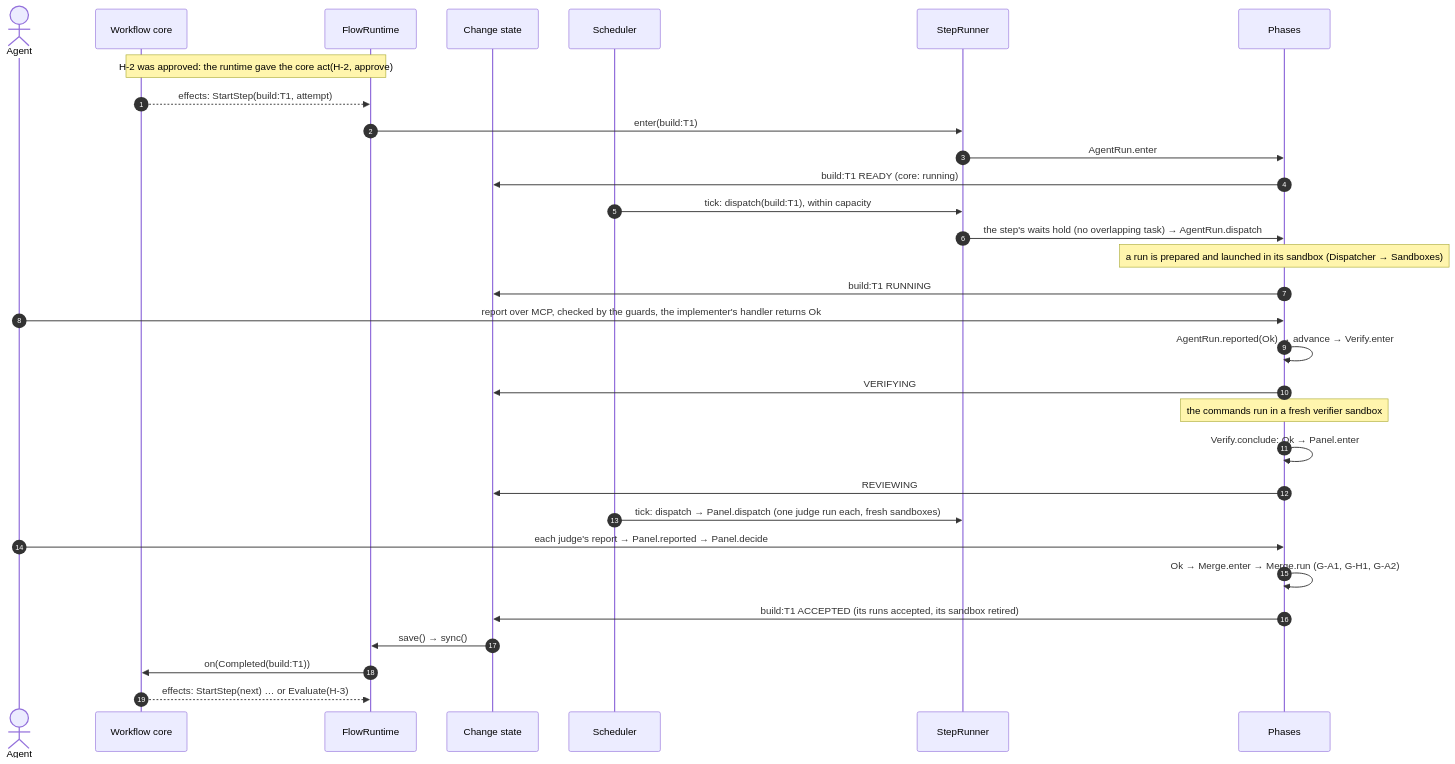
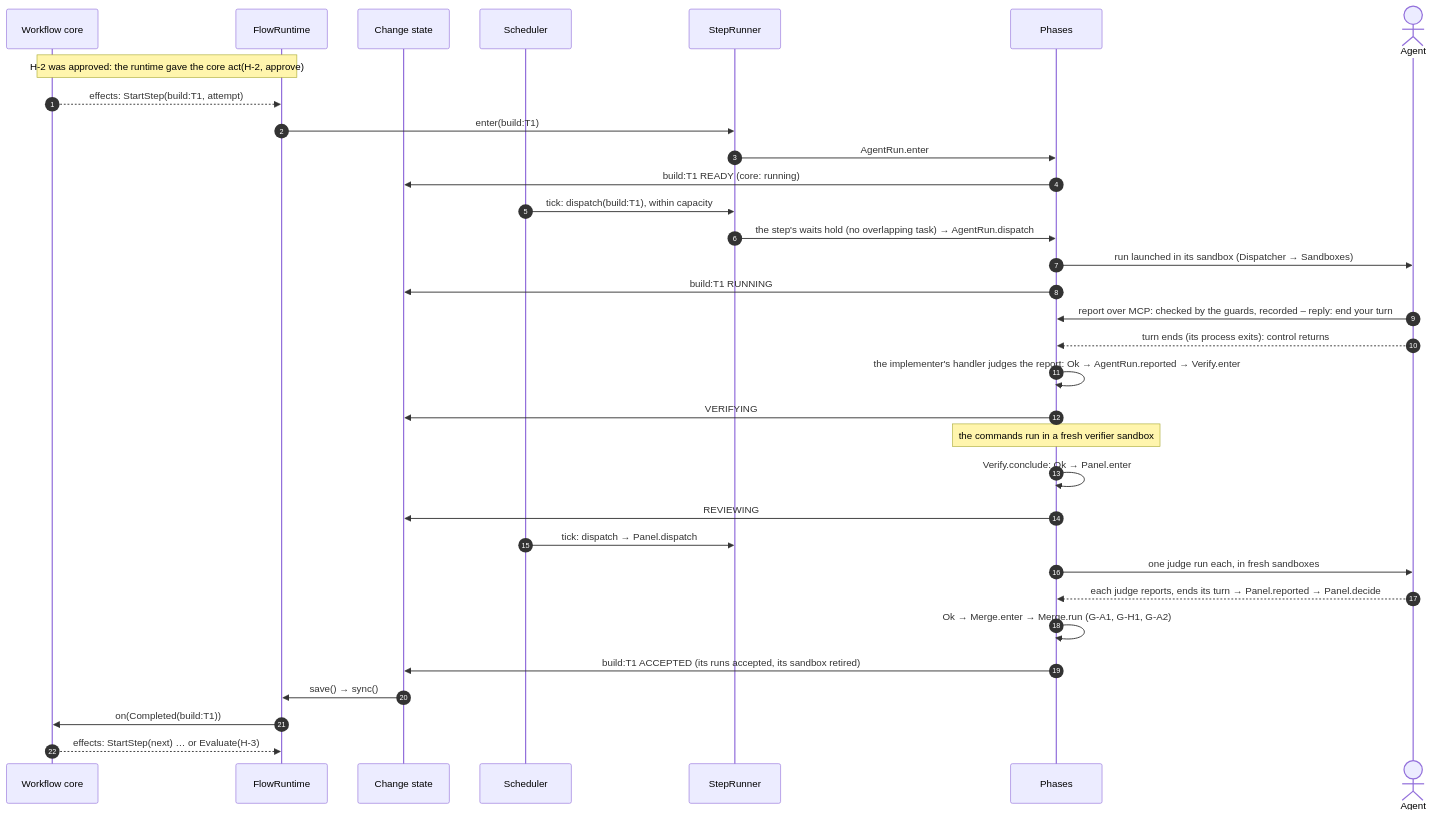
The second of 5 diagrams in docs/architecture.md (mr-miles/orchestrator), drawn with Mermaid before and after one commit. The commit also changed other lines of this file and 10 other files, not shown here.

````diff
--- a/docs/architecture.md
+++ b/docs/architecture.md
@@ -117,34 +117,36 @@
 ```mermaid
 sequenceDiagram
     autonumber
-    actor Agent
     participant Core as Workflow core
     participant RT as FlowRuntime
     participant St as Change state
     participant Sch as Scheduler
     participant SR as StepRunner
     participant Ph as Phases
+    actor Agent
 
     Note over Core,RT: H-2 was approved: the runtime gave the core act(H-2, approve)
     Core-->>RT: effects: StartStep(build:T1, attempt)
     RT->>SR: enter(build:T1)
     SR->>Ph: AgentRun.enter
     Ph->>St: build:T1 READY (core: running)
     Sch->>SR: tick: dispatch(build:T1), within capacity
     SR->>Ph: the step's waits hold (no overlapping task) → AgentRun.dispatch
-    Note over Ph: a run is prepared and launched in its sandbox (Dispatcher → Sandboxes)
+    Ph->>Agent: run launched in its sandbox (Dispatcher → Sandboxes)
     Ph->>St: build:T1 RUNNING
-    Agent->>Ph: report over MCP, checked by the guards, the implementer's handler returns Ok
-    Ph->>Ph: AgentRun.reported(Ok) → advance → Verify.enter
+    Agent->>Ph: report over MCP: checked by the guards, recorded – reply: end your turn
+    Agent-->>Ph: turn ends (its process exits): control returns
+    Ph->>Ph: the implementer's handler judges the report: Ok → AgentRun.reported → Verify.enter
     Ph->>St: VERIFYING
     Note over Ph: the commands run in a fresh verifier sandbox
     Ph->>Ph: Verify.conclude: Ok → Panel.enter
     Ph->>St: REVIEWING
-    Sch->>SR: tick: dispatch → Panel.dispatch (one judge run each, fresh sandboxes)
-    Agent->>Ph: each judge's report → Panel.reported → Panel.decide
+    Sch->>SR: tick: dispatch → Panel.dispatch
+    Ph->>Agent: one judge run each, in fresh sandboxes
+    Agent-->>Ph: each judge reports, ends its turn → Panel.reported → Panel.decide
     Ph->>Ph: Ok → Merge.enter → Merge.run (G-A1, G-H1, G-A2)
     Ph->>St: build:T1 ACCEPTED (its runs accepted, its sandbox retired)
     St->>RT: save() → sync()
     RT->>Core: on(Completed(build:T1))
     Core-->>RT: effects: StartStep(next) … or Evaluate(H-3)
 ```
````
